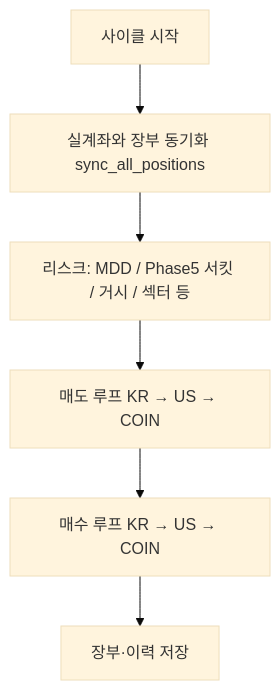
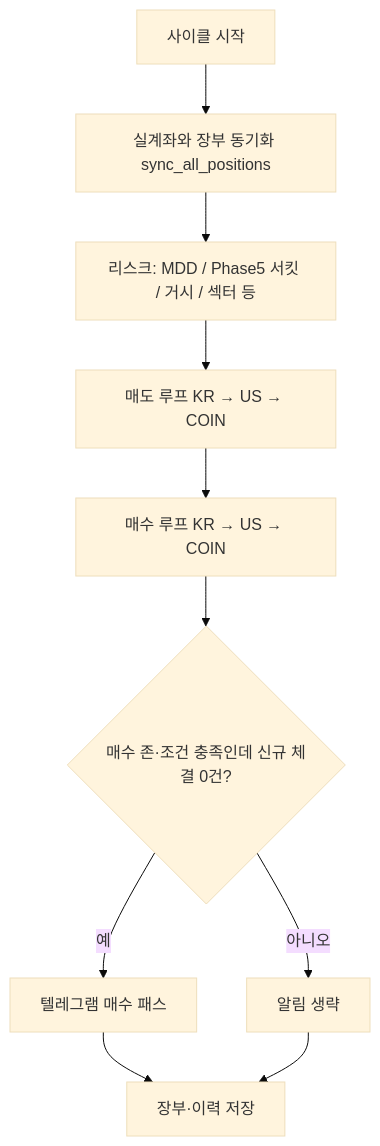
Before and after one commit to psyo1o/trade: the diagram in README.md, drawn with Mermaid (base theme). The commit also changed other lines of this file and 7 other files, not shown here.

````diff
--- a/README.md
+++ b/README.md
@@ -176,8 +176,12 @@
 ```mermaid
 flowchart TD
   A[사이클 시작] --> B[실계좌와 장부 동기화 sync_all_positions]
   B --> C[리스크: MDD / Phase5 서킷 / 거시 / 섹터 등]
   C --> D[매도 루프 KR → US → COIN]
   D --> E[매수 루프 KR → US → COIN]
-  E --> F[장부·이력 저장]
+  E --> F{매수 존·조건 충족인데 신규 체결 0건?}
+  F -->|예| G[텔레그램 매수 패스]
+  F -->|아니오| H[알림 생략]
+  G --> I[장부·이력 저장]
+  H --> I
 ```
````
